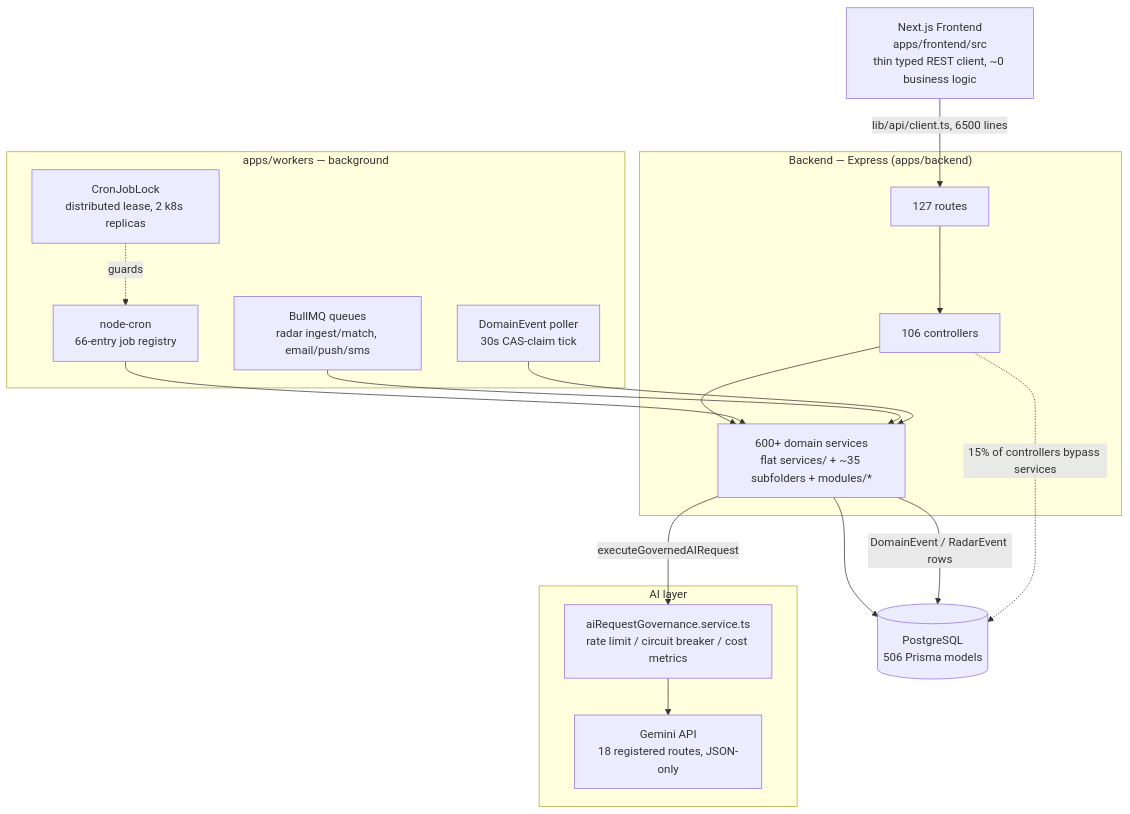
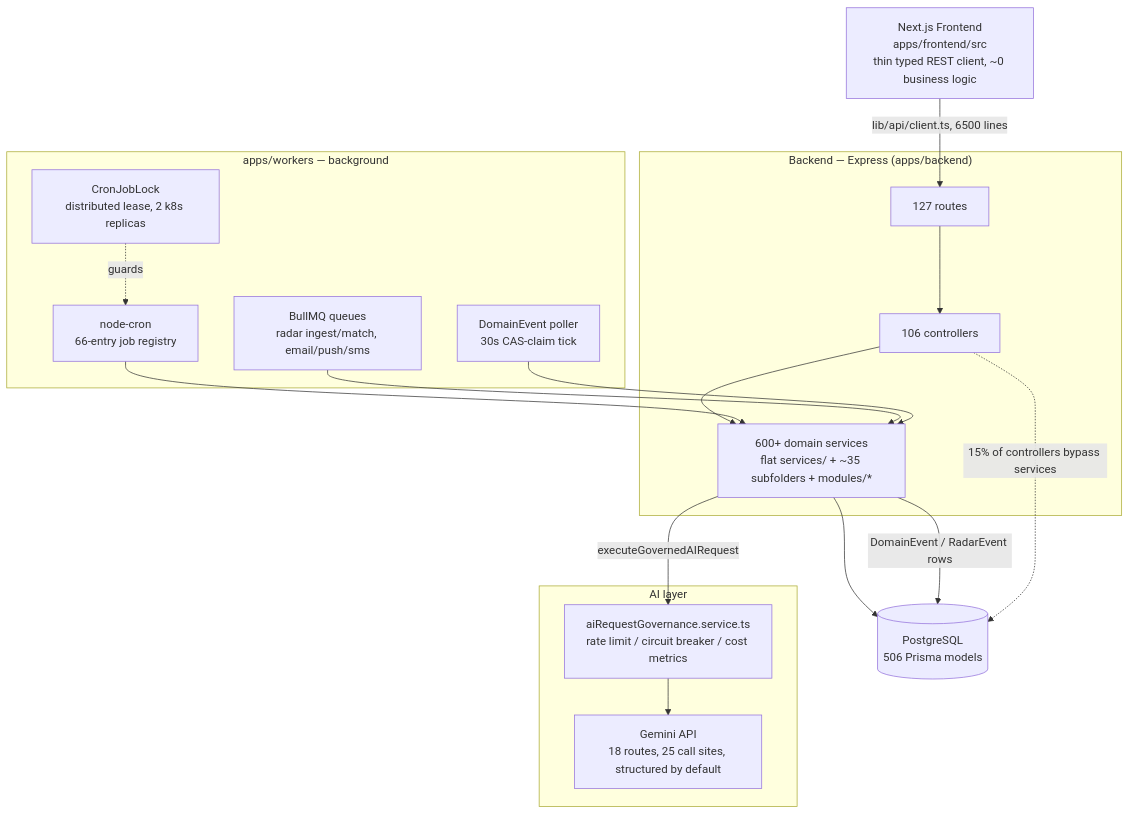
One commit to madhuboyin/contract-to-cozy1 changed the first of 3 diagrams in docs/audits/AGENTIC_READINESS_AUDIT.md. Above: the diagram before and after it, drawn with Mermaid. The commit also changed other lines of this file, not shown here.

````diff
--- a/docs/audits/AGENTIC_READINESS_AUDIT.md
+++ b/docs/audits/AGENTIC_READINESS_AUDIT.md
@@ -48,34 +48,34 @@
 ```mermaid
 graph TB
   FE["Next.js Frontend<br/>apps/frontend/src<br/>thin typed REST client, ~0 business logic"]
 
   subgraph API["Backend — Express (apps/backend)"]
     RT["127 routes"] --> CT["106 controllers"]
     CT --> SV["600+ domain services<br/>flat services/ + ~35 subfolders + modules/*"]
   end
 
   PG[("PostgreSQL<br/>506 Prisma models")]
 
   subgraph ASYNC["apps/workers — background"]
     CRON["node-cron<br/>66-entry job registry"]
     BULLMQ["BullMQ queues<br/>radar ingest/match, email/push/sms"]
     POLLER["DomainEvent poller<br/>30s CAS-claim tick"]
     LOCK["CronJobLock<br/>distributed lease, 2 k8s replicas"]
   end
 
   subgraph AI["AI layer"]
     GOV["aiRequestGovernance.service.ts<br/>rate limit / circuit breaker / cost metrics"]
-    GEM["Gemini API<br/>18 registered routes, JSON-only"]
+    GEM["Gemini API<br/>18 routes, 25 call sites, structured by default"]
   end
 
   FE -->|"lib/api/client.ts, 6500 lines"| RT
   SV --> PG
   SV -->|"executeGovernedAIRequest"| GOV --> GEM
   CRON --> SV
   BULLMQ --> SV
   POLLER --> SV
   LOCK -.guards.-> CRON
   SV -->|"DomainEvent / RadarEvent rows"| PG
 
   CT -.15% of controllers bypass services.-> PG
 ```
````
